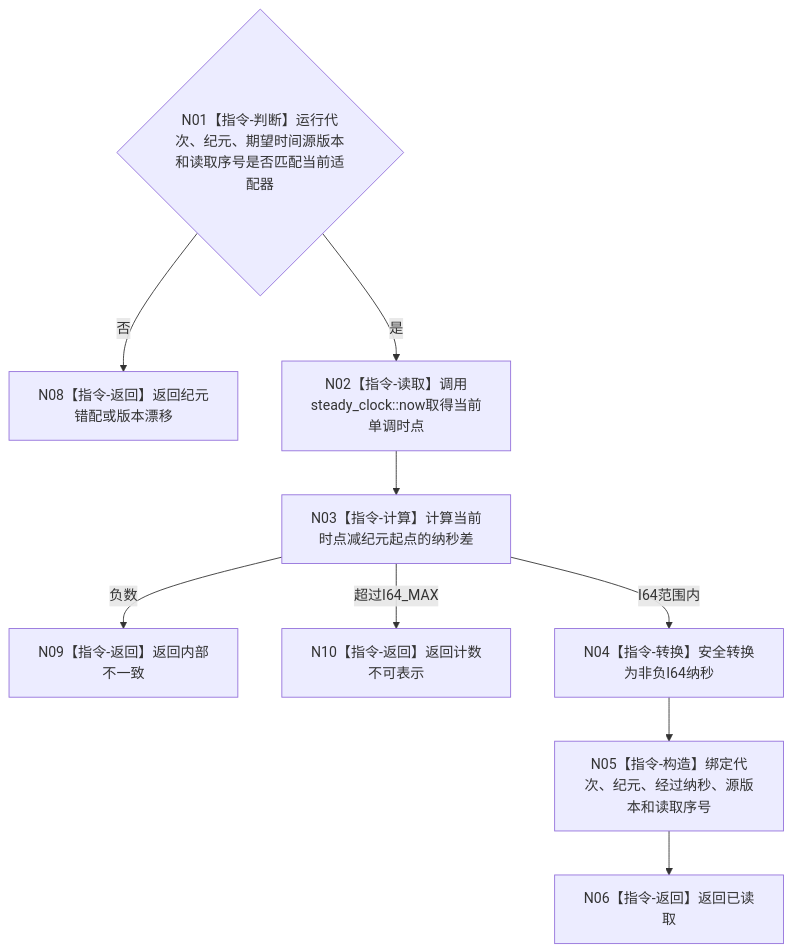
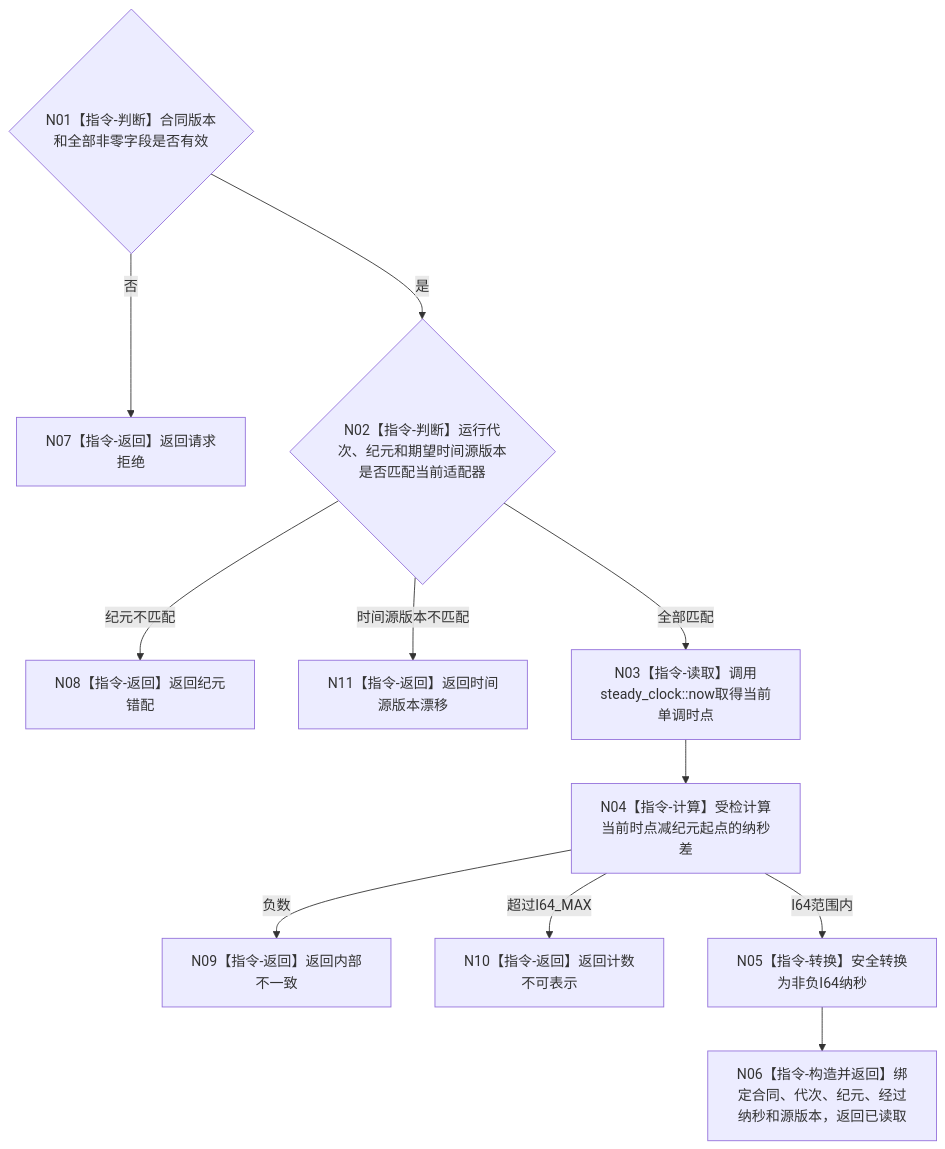
The diagram in 流程图/目标业务流程图/L4/BIZ-L4-002-01-02-01_读取可信单调时间证据_目标函数流程图_v0.1.md (chunhaizh-cyber/HY-Ego), drawn with Mermaid before and after one commit. The commit also changed other lines of this file and 3 other files, not shown here.

````diff
--- a/流程图/目标业务流程图/L4/BIZ-L4-002-01-02-01_读取可信单调时间证据_目标函数流程图_v0.1.md
+++ b/流程图/目标业务流程图/L4/BIZ-L4-002-01-02-01_读取可信单调时间证据_目标函数流程图_v0.1.md
@@ -30,11 +30,13 @@
 ```mermaid
 flowchart TD
-    N01{"N01【指令-判断】运行代次、纪元、期望时间源版本和读取序号是否匹配当前适配器"} -->|否| N08["N08【指令-返回】返回纪元错配或版本漂移"]
-    N01 -->|是| N02["N02【指令-读取】调用steady_clock::now取得当前单调时点"]
-    N02 --> N03["N03【指令-计算】计算当前时点减纪元起点的纳秒差"]
-    N03 -->|负数| N09["N09【指令-返回】返回内部不一致"]
-    N03 -->|超过I64_MAX| N10["N10【指令-返回】返回计数不可表示"]
-    N03 -->|I64范围内| N04["N04【指令-转换】安全转换为非负I64纳秒"]
-    N04 --> N05["N05【指令-构造】绑定代次、纪元、经过纳秒、源版本和读取序号"]
-    N05 --> N06["N06【指令-返回】返回已读取"]
+    N01{"N01【指令-判断】合同版本和全部非零字段是否有效"} -->|否| N07["N07【指令-返回】返回请求拒绝"]
+    N01 -->|是| N02{"N02【指令-判断】运行代次、纪元和期望时间源版本是否匹配当前适配器"}
+    N02 -->|纪元不匹配| N08["N08【指令-返回】返回纪元错配"]
+    N02 -->|时间源版本不匹配| N11["N11【指令-返回】返回时间源版本漂移"]
+    N02 -->|全部匹配| N03["N03【指令-读取】调用steady_clock::now取得当前单调时点"]
+    N03 --> N04["N04【指令-计算】受检计算当前时点减纪元起点的纳秒差"]
+    N04 -->|负数| N09["N09【指令-返回】返回内部不一致"]
+    N04 -->|超过I64_MAX| N10["N10【指令-返回】返回计数不可表示"]
+    N04 -->|I64范围内| N05["N05【指令-转换】安全转换为非负I64纳秒"]
+    N05 --> N06["N06【指令-构造并返回】绑定合同、代次、纪元、经过纳秒和源版本，返回已读取"]
 ```
````
